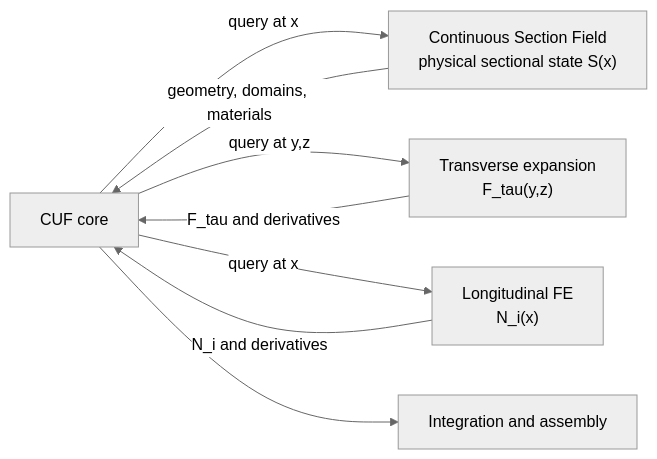
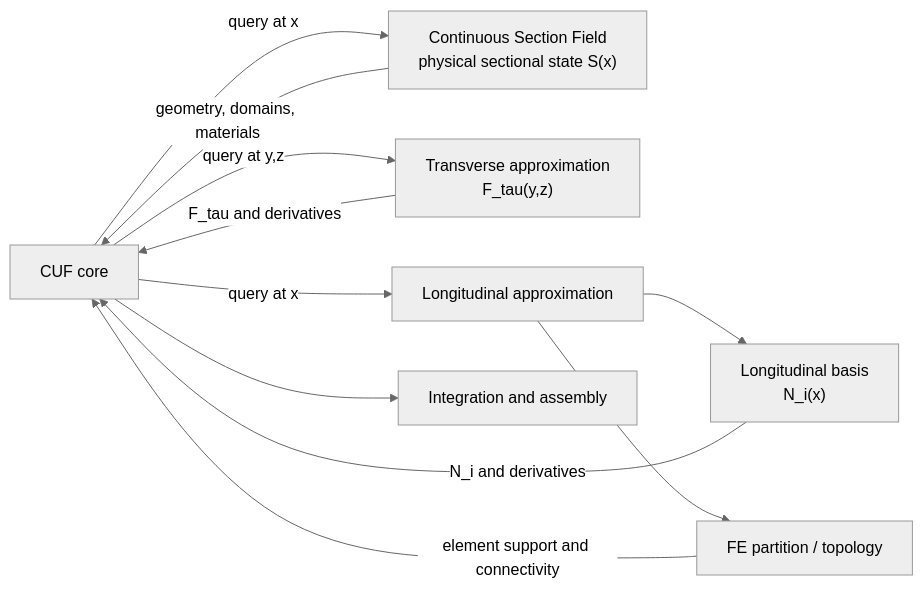
The diagram in cuf/readme.md (giovanniboscu/continuous-section-field), drawn with Mermaid (neutral theme) before and after one commit. The commit also changed other lines of this file, not shown here.

````diff
--- a/cuf/readme.md
+++ b/cuf/readme.md
@@ -25,19 +32,27 @@
 ```mermaid
 flowchart LR
     CUF["CUF core"]
 
     CSF["Continuous Section Field<br/>physical sectional state S(x)"]
-    EXP["Transverse expansion<br/>F_tau(y,z)"]
-    FE["Longitudinal FE<br/>N_i(x)"]
+
+    TEXP["Transverse approximation<br/>F_tau(y,z)"]
+
+    LONG["Longitudinal approximation"]
+    LBASIS["Longitudinal basis<br/>N_i(x)"]
+    FETOP["FE partition / topology"]
+
+    LONG --> LBASIS
+    LONG --> FETOP
 
     CUF -->|"query at x"| CSF
     CSF -->|"geometry, domains, materials"| CUF
 
-    CUF -->|"query at y,z"| EXP
-    EXP -->|"F_tau and derivatives"| CUF
+    CUF -->|"query at y,z"| TEXP
+    TEXP -->|"F_tau and derivatives"| CUF
 
-    CUF -->|"query at x"| FE
-    FE -->|"N_i and derivatives"| CUF
+    CUF -->|"query at x"| LONG
+    LBASIS -->|"N_i and derivatives"| CUF
+    FETOP -->|"element support and connectivity"| CUF
 
     CUF --> ASM["Integration and assembly"]
 ```
````
